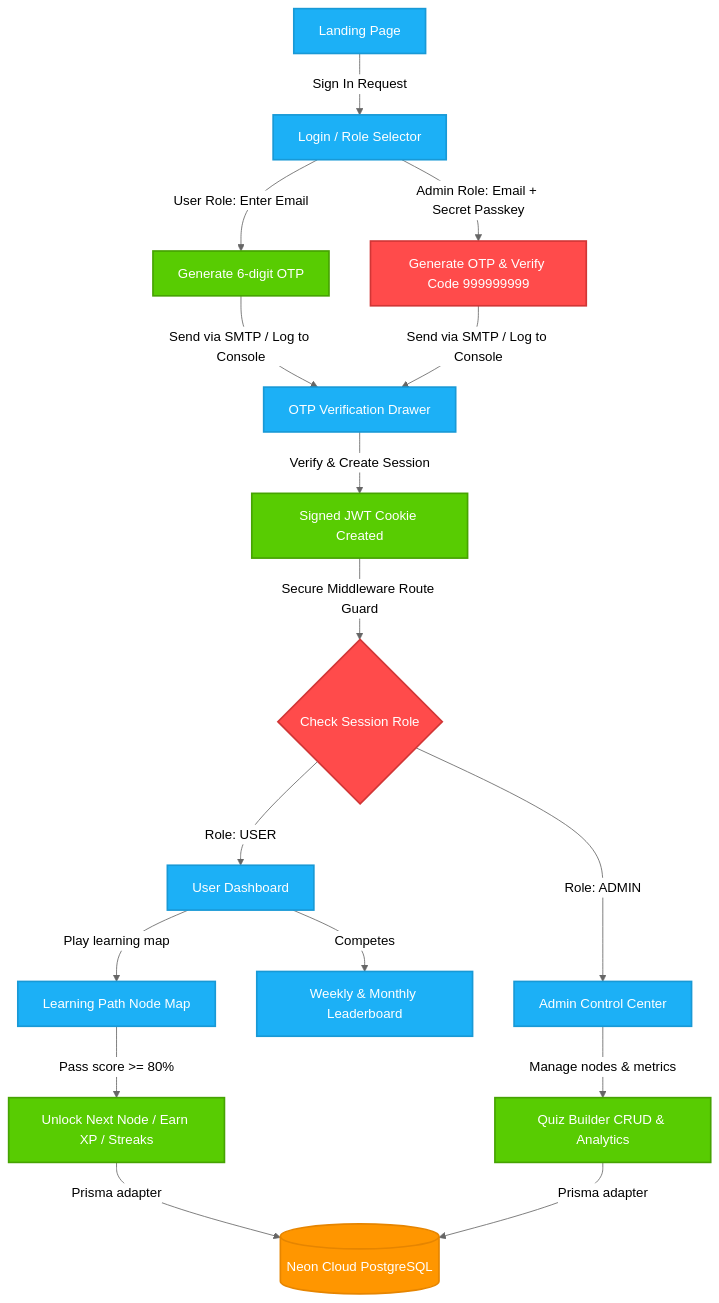
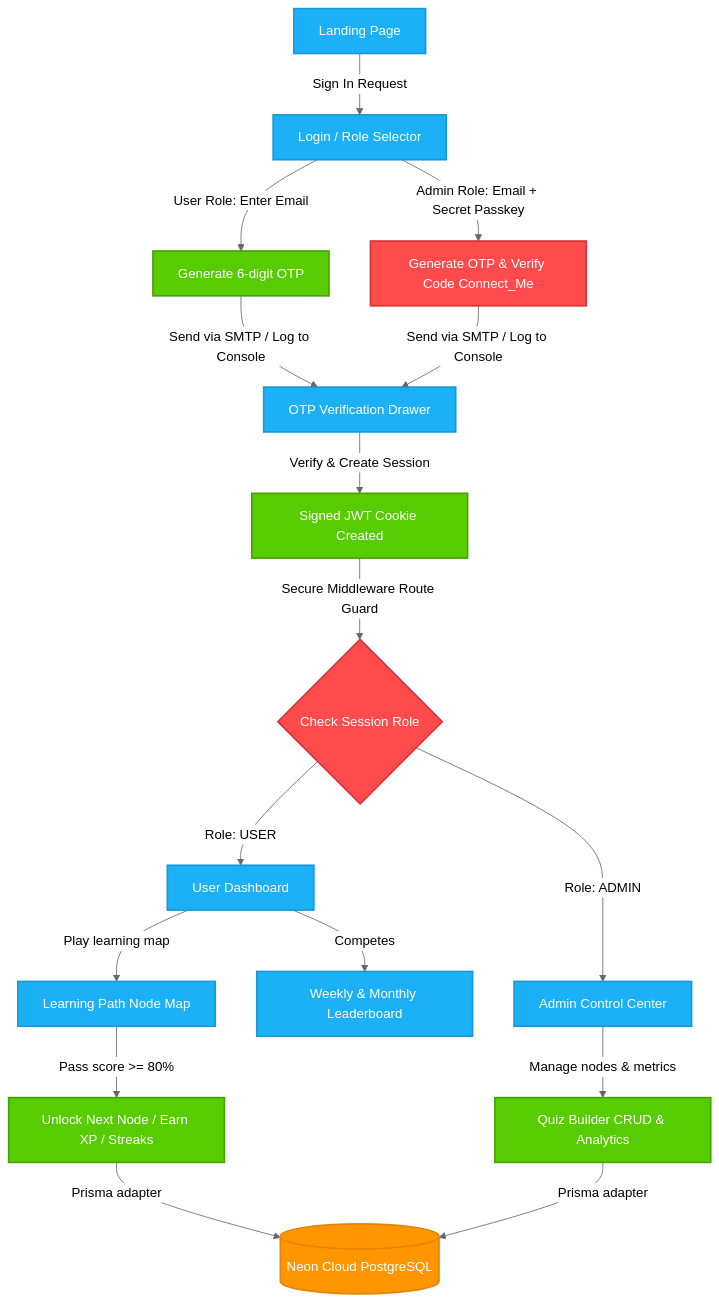
One commit to Harsha30012005/Quiz_App changed the diagram in README.md. Above: the diagram before and after it, drawn with Mermaid (neutral theme).

Commit message:
Update OTP verification process for admin role

````diff
--- a/README.md
+++ b/README.md
@@ -23,31 +23,31 @@
 ```mermaid
 graph TD
     %% Styling
     classDef client fill:#1CB0F6,stroke:#1899D6,stroke-width:2px,color:#fff;
     classDef server fill:#58CC02,stroke:#46A302,stroke-width:2px,color:#fff;
     classDef db fill:#FF9600,stroke:#E68500,stroke-width:2px,color:#fff;
     classDef secure fill:#FF4B4B,stroke:#D13636,stroke-width:2px,color:#fff;
 
     %% Nodes
     A[Landing Page]:::client -->|Sign In Request| B[Login / Role Selector]:::client
     B -->|User Role: Enter Email| C[Generate 6-digit OTP]:::server
-    B -->|Admin Role: Email + Secret Passkey| D[Generate OTP & Verify Code 999999999]:::secure
+    B -->|Admin Role: Email + Secret Passkey| D[Generate OTP & Verify Code Connect_Me]:::secure
     
     C -->|Send via SMTP / Log to Console| E[OTP Verification Drawer]:::client
     D -->|Send via SMTP / Log to Console| E
     
     E -->|Verify & Create Session| F[Signed JWT Cookie Created]:::server
     F -->|Secure Middleware Route Guard| G{Check Session Role}:::secure
     
     G -->|Role: USER| H[User Dashboard]:::client
     G -->|Role: ADMIN| I[Admin Control Center]:::client
     
     H -->|Play learning map| J[Learning Path Node Map]:::client
     J -->|Pass score >= 80%| K[Unlock Next Node / Earn XP / Streaks]:::server
     K -->|Prisma adapter| L[(Neon Cloud PostgreSQL)]:::db
     
     I -->|Manage nodes & metrics| M[Quiz Builder CRUD & Analytics]:::server
     M -->|Prisma adapter| L
     
     H -->|Competes| N[Weekly & Monthly Leaderboard]:::client
 ```
````
